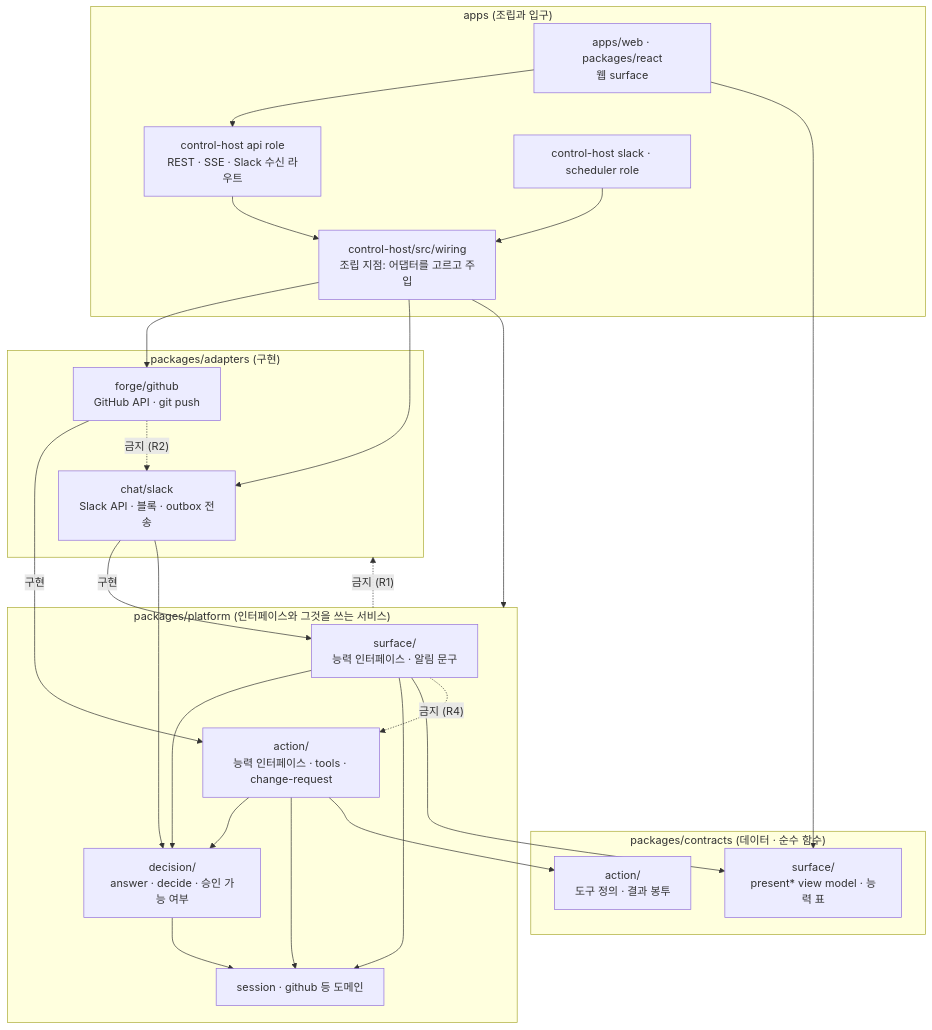
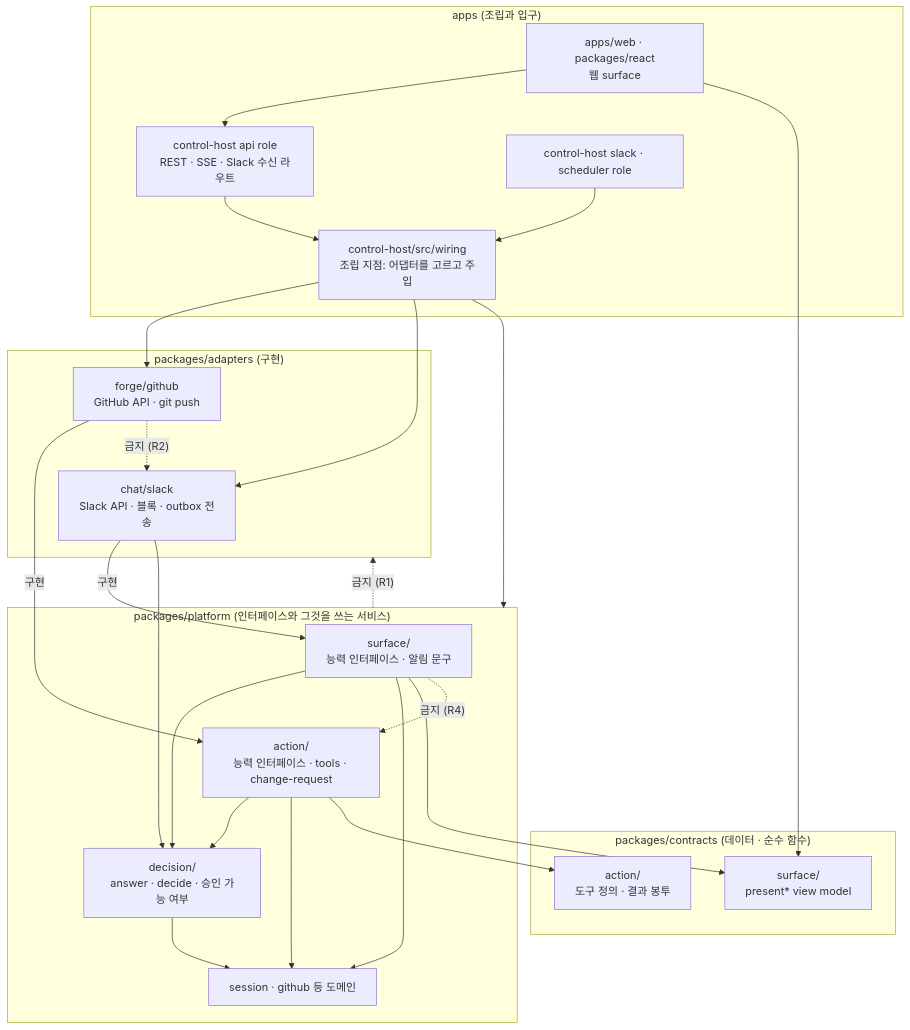
Before and after one commit to JeongJaeSoon/werft: the first of 3 diagrams in docs/contributing/decisions/surface-action-modules.md, drawn with Mermaid. The commit also changed other lines of this file, not shown here.

````diff
--- a/docs/contributing/decisions/surface-action-modules.md
+++ b/docs/contributing/decisions/surface-action-modules.md
@@ -68,43 +69,43 @@
 ```mermaid
 flowchart TB
   subgraph apps["apps (조립과 입구)"]
     web["apps/web · packages/react<br/>웹 surface"]
     routes["control-host api role<br/>REST · SSE · Slack 수신 라우트"]
     roles["control-host slack · scheduler role"]
     wiring["control-host/src/wiring<br/>조립 지점: 어댑터를 고르고 주입"]
   end
   subgraph adapters["packages/adapters (구현)"]
     forge["forge/github<br/>GitHub API · git push"]
     chat["chat/slack<br/>Slack API · 블록 · outbox 전송"]
   end
   subgraph platform["packages/platform (인터페이스와 그것을 쓰는 서비스)"]
     surface["surface/<br/>능력 인터페이스 · 알림 문구"]
     decision["decision/<br/>answer · decide · 승인 가능 여부"]
     action["action/<br/>능력 인터페이스 · tools · change-request"]
     core["session · github 등 도메인"]
   end
   subgraph contracts["packages/contracts (데이터 · 순수 함수)"]
-    cSurface["surface/<br/>present* view model · 능력 표"]
+    cSurface["surface/<br/>present* view model"]
     cAction["action/<br/>도구 정의 · 결과 봉투"]
   end
   web --> routes
   routes --> wiring
   roles --> wiring
   wiring --> forge
   wiring --> chat
   wiring --> platform
   forge -- "구현" --> action
   chat -- "구현" --> surface
   chat --> decision
   surface --> decision
   action --> decision
   surface --> core
   action --> core
   decision --> core
   surface --> cSurface
   action --> cAction
   web --> cSurface
   platform -. "금지 (R1)" .-> adapters
   surface -. "금지 (R4)" .-> action
   forge -. "금지 (R2)" .-> chat
 ```
````
